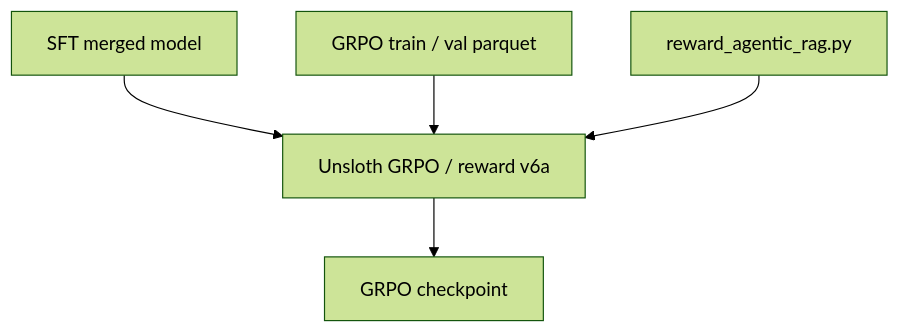
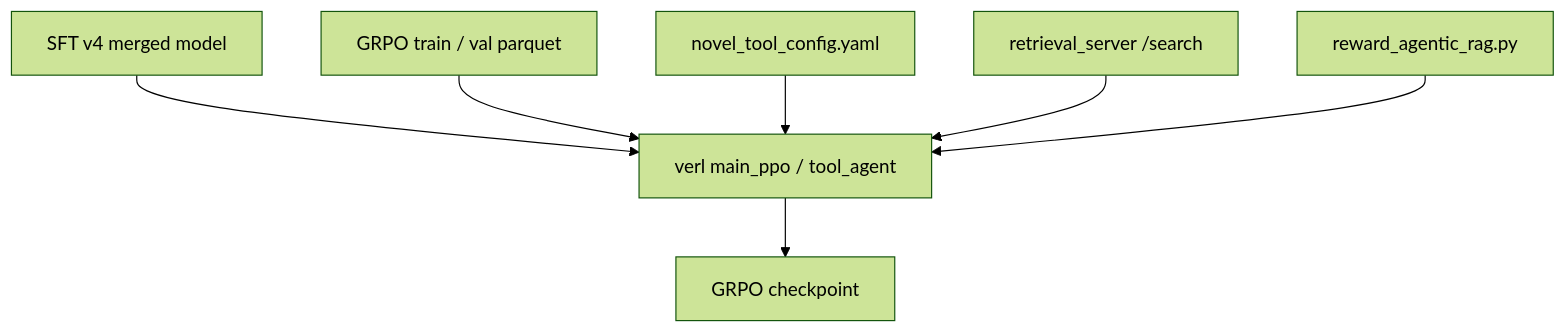
Before and after one commit to Lafinger/AgenticRAG-RL: diagram 15 of 16 in demo/README.md, drawn with Mermaid (forest theme). The commit also changed other lines of this file and 26 other files, not shown here.

````diff
--- a/demo/README.md
+++ b/demo/README.md
@@ -1423,7 +1438,9 @@
 ```mermaid
 flowchart TD
-    A["SFT merged model"] --> B["Unsloth GRPO / reward v6a"]
+    A["SFT v4 merged model"] --> B["verl main_ppo / tool_agent"]
     C["GRPO train / val parquet"] --> B
-    D["reward_agentic_rag.py"] --> B
-    B --> E["GRPO checkpoint"]
+    D["novel_tool_config.yaml"] --> B
+    E["retrieval_server /search"] --> B
+    F["reward_agentic_rag.py"] --> B
+    B --> G["GRPO checkpoint"]
 ```
````
